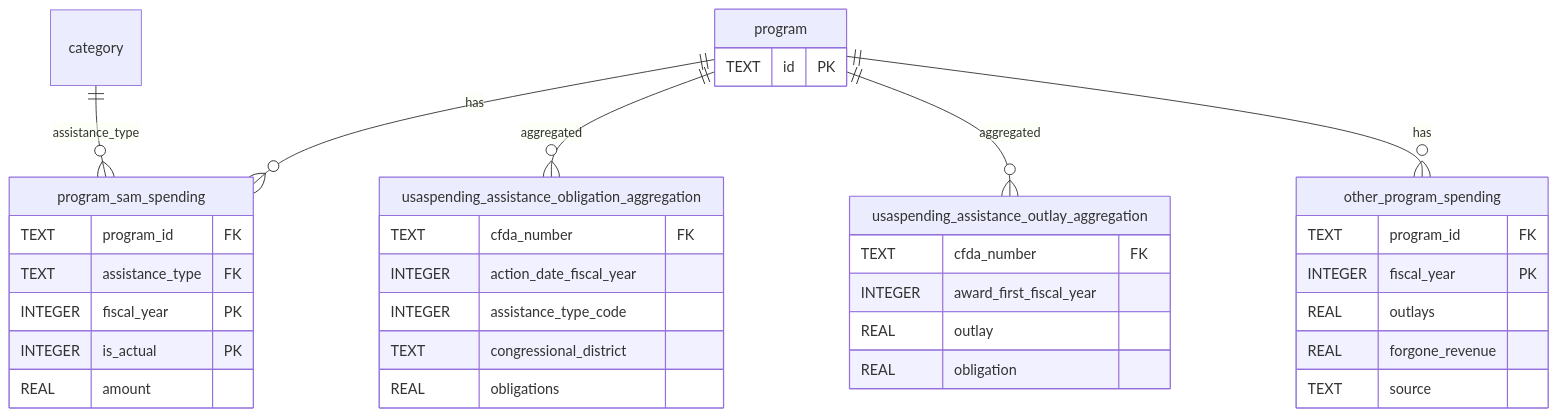
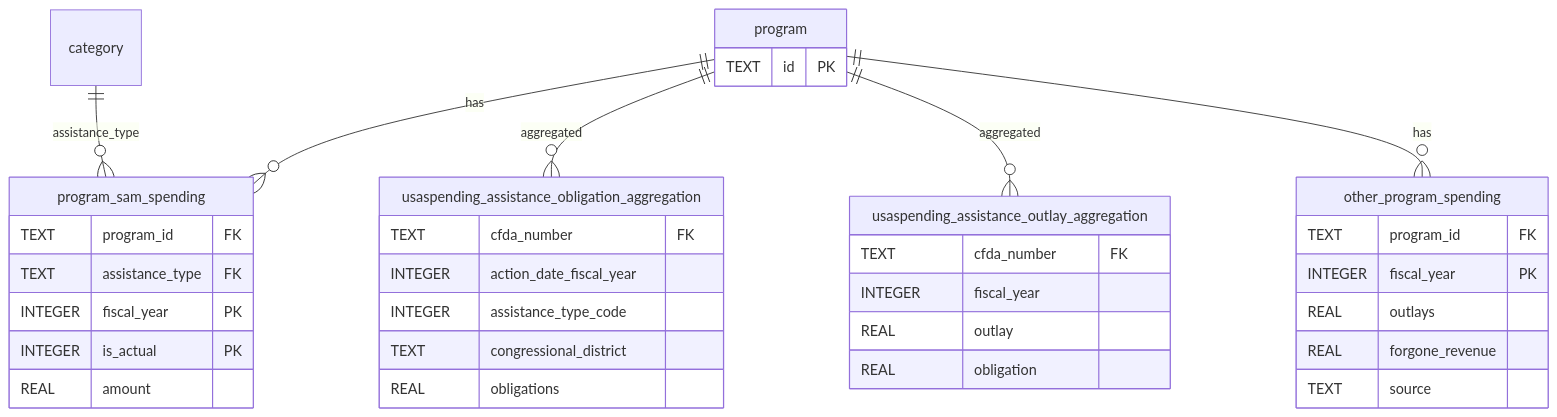
One commit to EOP-OMB/federal-program-inventory changed the third of 4 diagrams in data_processing/ERD.md. Above: the diagram before and after it, drawn with Mermaid. The commit also changed other lines of this file and 2135 other files, not shown here.

````diff
--- a/data_processing/ERD.md
+++ b/data_processing/ERD.md
@@ -216,44 +215,44 @@
 ```mermaid
 erDiagram
     program ||--o{ program_sam_spending : "has"
     program ||--o{ usaspending_assistance_obligation_aggregation : "aggregated"
     program ||--o{ usaspending_assistance_outlay_aggregation : "aggregated"
     program ||--o{ other_program_spending : "has"
     
     category ||--o{ program_sam_spending : "assistance_type"
     
     program {
         TEXT id PK
     }
     
     program_sam_spending {
         TEXT program_id FK
         TEXT assistance_type FK
         INTEGER fiscal_year PK
         INTEGER is_actual PK
         REAL amount
     }
     
     usaspending_assistance_obligation_aggregation {
         TEXT cfda_number FK
         INTEGER action_date_fiscal_year
         INTEGER assistance_type_code
         TEXT congressional_district
         REAL obligations
     }
     
     usaspending_assistance_outlay_aggregation {
         TEXT cfda_number FK
-        INTEGER award_first_fiscal_year
+        INTEGER fiscal_year
         REAL outlay
         REAL obligation
     }
     
     other_program_spending {
         TEXT program_id FK
         INTEGER fiscal_year PK
         REAL outlays
         REAL forgone_revenue
         TEXT source
     }
 ```
````
